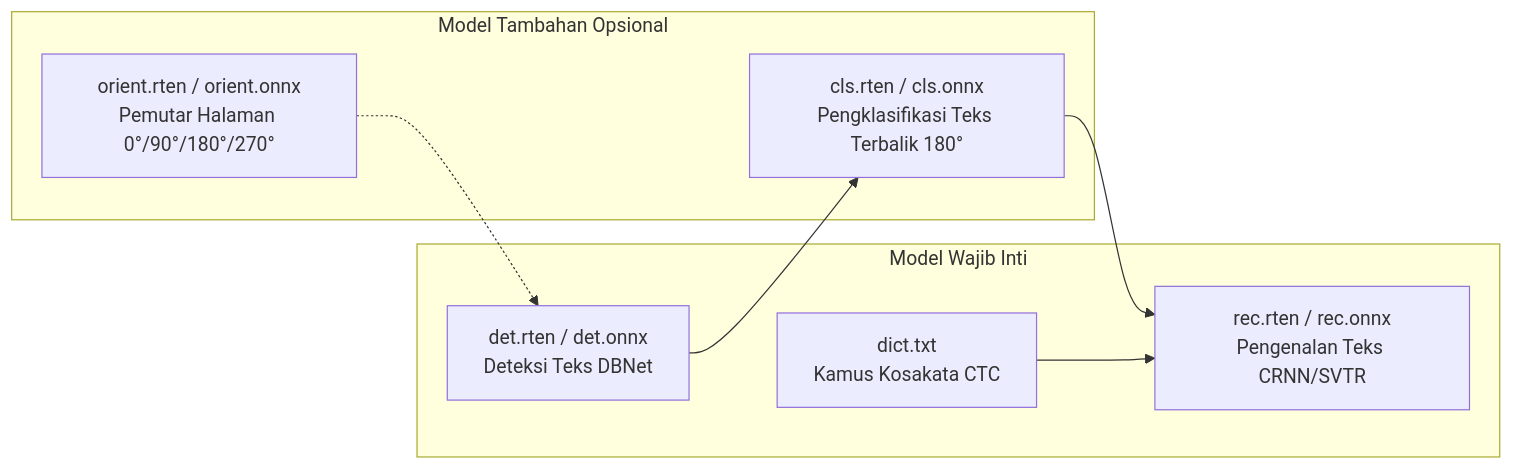
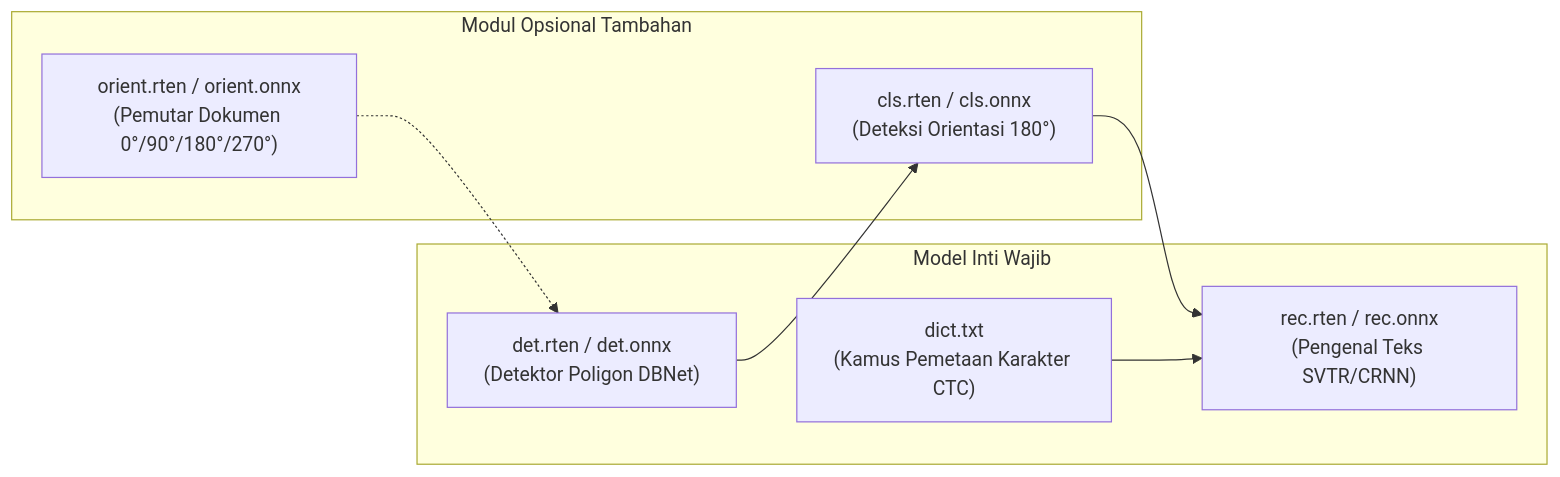
One commit to byrizki/rusto-rs changed the diagram in docs/content/id/03.advance-guide/01.models-and-tiers.md. Above: the diagram before and after it, drawn with Mermaid. The commit also changed other lines of this file and 5 other files, not shown here.

````diff
--- a/docs/content/id/03.advance-guide/01.models-and-tiers.md
+++ b/docs/content/id/03.advance-guide/01.models-and-tiers.md
@@ -31,18 +51,18 @@
 ```mermaid
 flowchart LR
-    subgraph ModelUtama ["Model Wajib Inti"]
-        DET["det.rten / det.onnx<br/>Deteksi Teks DBNet"]
-        REC["rec.rten / rec.onnx<br/>Pengenalan Teks CRNN/SVTR"]
-        DICT["dict.txt<br/>Kamus Kosakata CTC"]
+    subgraph Utama ["Model Inti Wajib"]
+        DET["det.rten / det.onnx<br/>(Detektor Poligon DBNet)"]
+        REC["rec.rten / rec.onnx<br/>(Pengenal Teks SVTR/CRNN)"]
+        DICT["dict.txt<br/>(Kamus Pemetaan Karakter CTC)"]
     end
 
-    subgraph ModelTambahan ["Model Tambahan Opsional"]
-        CLS["cls.rten / cls.onnx<br/>Pengklasifikasi Teks Terbalik 180&deg;"]
-        ORIENT["orient.rten / orient.onnx<br/>Pemutar Halaman 0&deg;/90&deg;/180&deg;/270&deg;"]
+    subgraph Tambahan ["Modul Opsional Tambahan"]
+        CLS["cls.rten / cls.onnx<br/>(Deteksi Orientasi 180&deg;)"]
+        ORIENT["orient.rten / orient.onnx<br/>(Pemutar Dokumen 0&deg;/90&deg;/180&deg;/270&deg;)"]
     end
 
     ORIENT -.-> DET
     DET --> CLS
     CLS --> REC
     DICT --> REC
 ```
````
